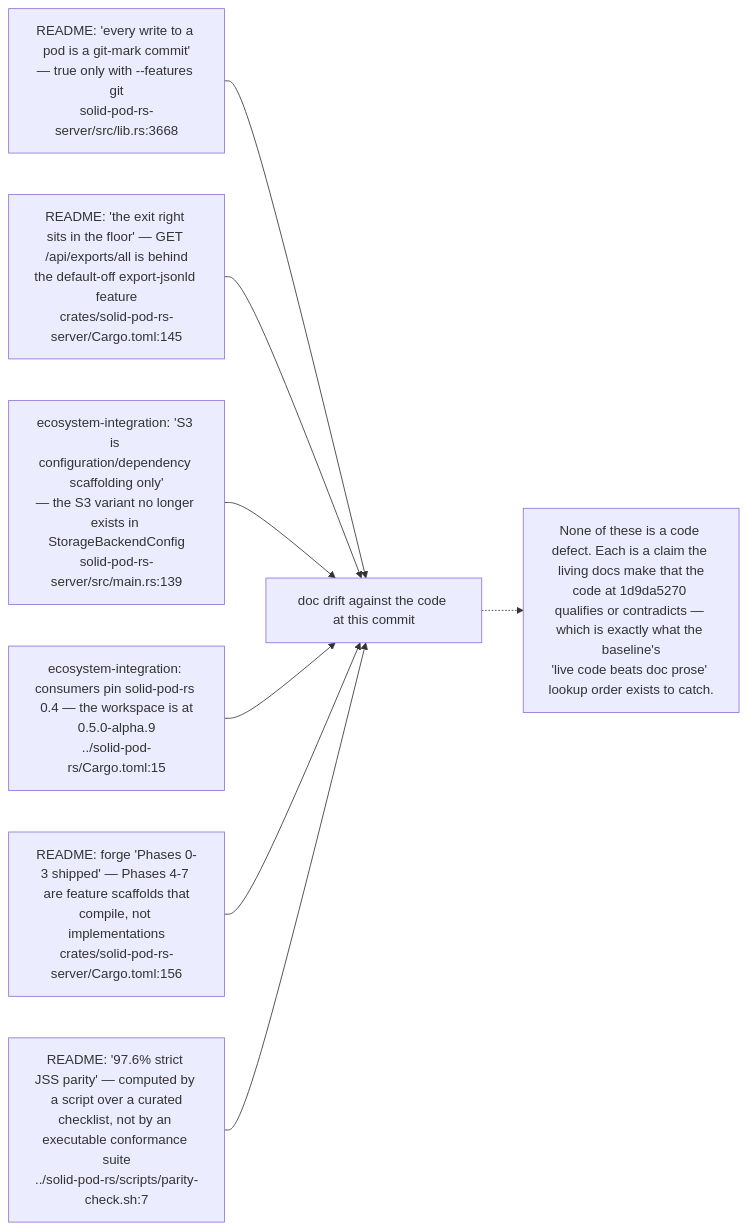
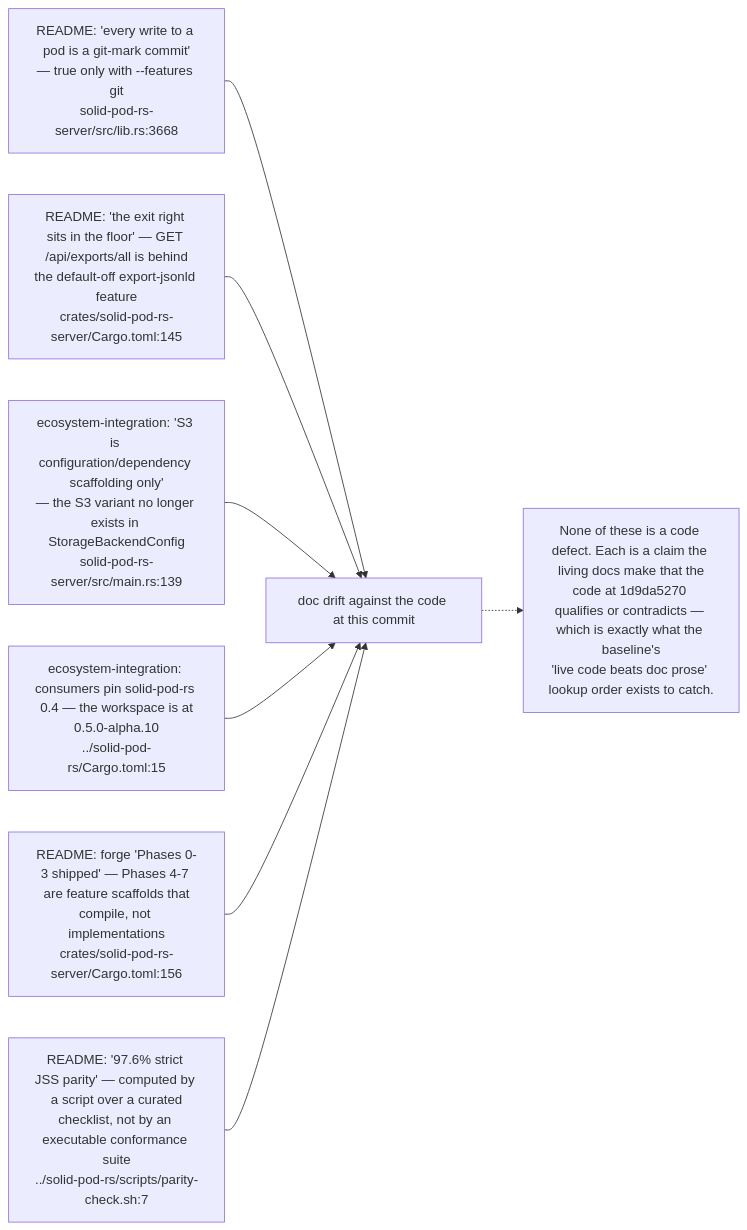
The seventh of 12 diagrams in docs/diagrams/solid-pod-rs/10-failure-modes-and-invariants.md (DreamLab-AI/VisionFlow), drawn with Mermaid before and after one commit. The commit also changed other lines of this file and 94 other files, not shown here.

First line of the commit message:
docs(diagrams): re-verify 130 topics against 2 October HEADs

````diff
--- a/docs/diagrams/solid-pod-rs/10-failure-modes-and-invariants.md
+++ b/docs/diagrams/solid-pod-rs/10-failure-modes-and-invariants.md
@@ -200,19 +200,19 @@
 ```mermaid
 flowchart LR
     R1["README: 'every write to a pod is a git-mark commit'<br/>— true only with --features git<br/>solid-pod-rs-server/src/lib.rs:3668"]
     R2["README: 'the exit right sits in the floor' — GET /api/exports/all is behind<br/>the default-off export-jsonld feature<br/>crates/solid-pod-rs-server/Cargo.toml:145"]
     R3["ecosystem-integration: 'S3 is configuration/dependency scaffolding only'<br/>— the S3 variant no longer exists in StorageBackendConfig<br/>solid-pod-rs-server/src/main.rs:139"]
-    R4["ecosystem-integration: consumers pin solid-pod-rs 0.4 — the workspace is at<br/>0.5.0-alpha.9<br/>../solid-pod-rs/Cargo.toml:15"]
+    R4["ecosystem-integration: consumers pin solid-pod-rs 0.4 — the workspace is at<br/>0.5.0-alpha.10<br/>../solid-pod-rs/Cargo.toml:15"]
     R5["README: forge 'Phases 0-3 shipped' — Phases 4-7 are feature scaffolds that<br/>compile, not implementations<br/>crates/solid-pod-rs-server/Cargo.toml:156"]
     R6["README: '97.6% strict JSS parity' — computed by a script over a curated<br/>checklist, not by an executable conformance suite<br/>../solid-pod-rs/scripts/parity-check.sh:7"]
 
     R1 --> REG["doc drift against the code at this commit"]
     R2 --> REG
     R3 --> REG
     R4 --> REG
     R5 --> REG
     R6 --> REG
 
     N["None of these is a code defect. Each is a claim the living docs make that the<br/>code at 1d9da5270 qualifies or contradicts — which is exactly what the baseline's<br/>'live code beats doc prose' lookup order exists to catch."]
     REG -.-> N
 ```
````
